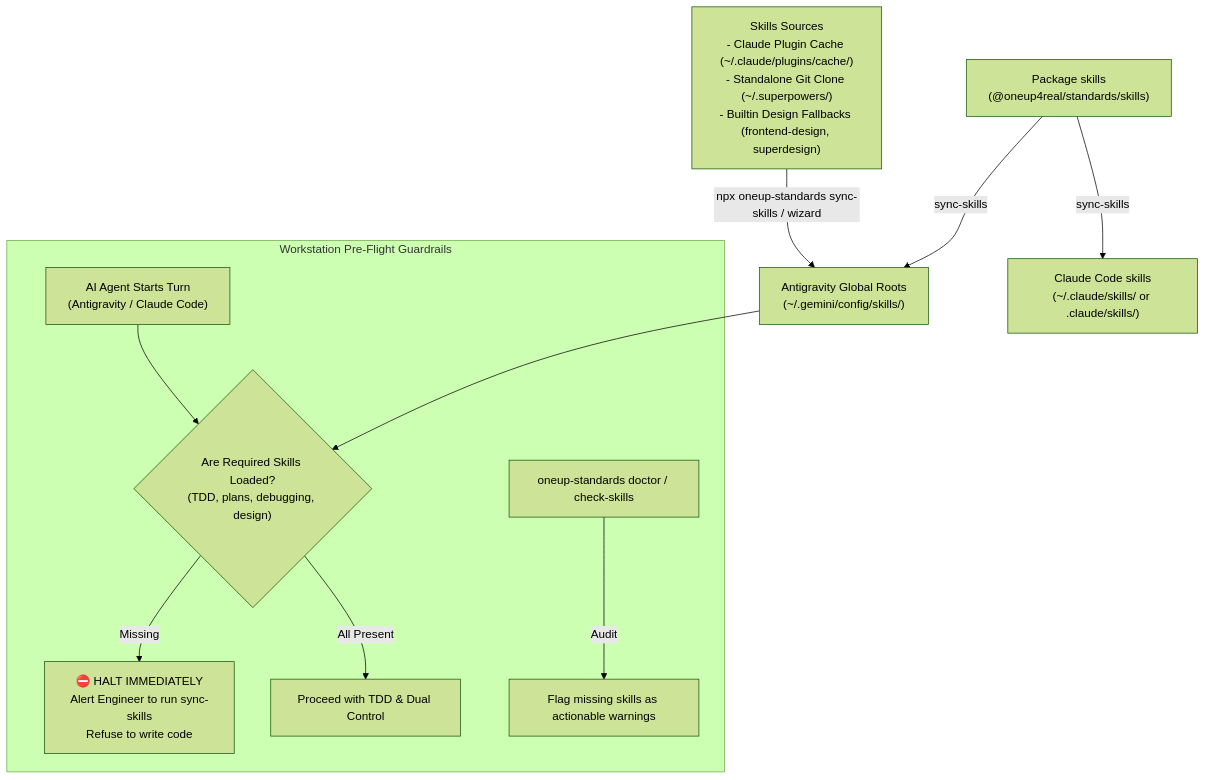
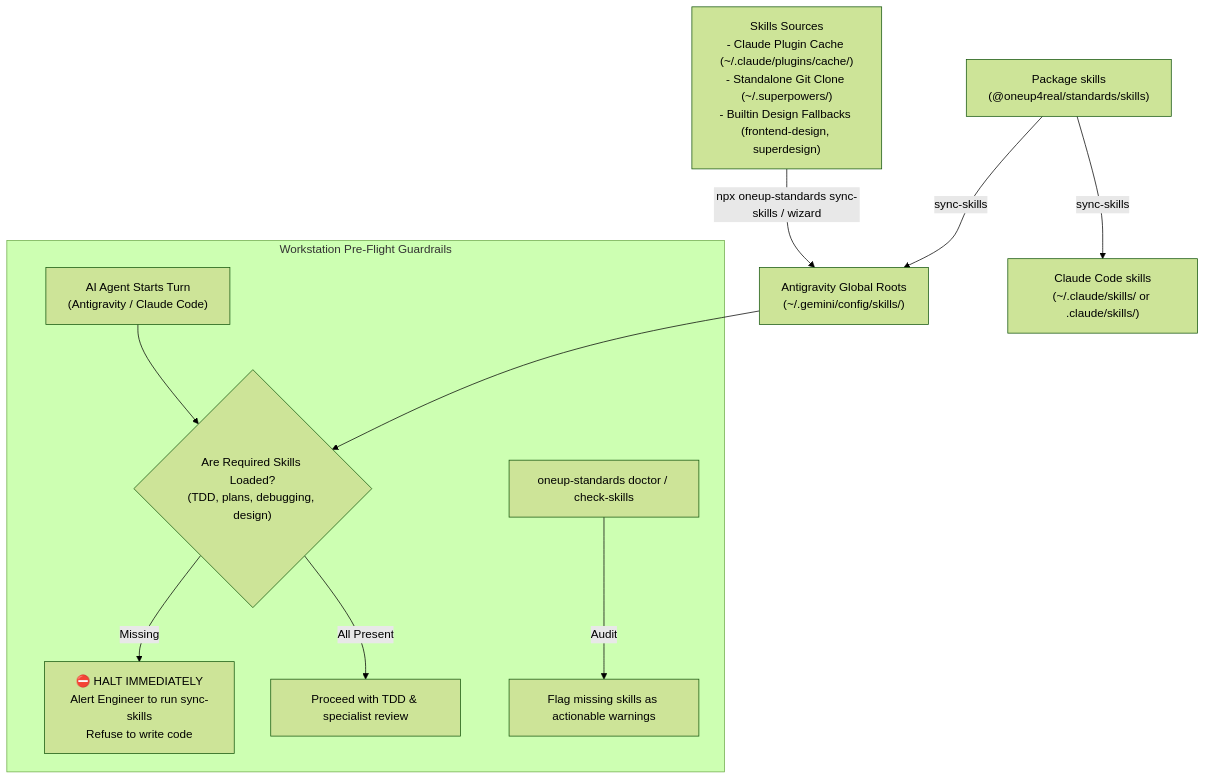
Before and after one commit to oneup4real/engineering-standards: the ninth of 12 diagrams in README.md, drawn with Mermaid (forest theme). The commit also changed other lines of this file and 7 other files, not shown here.

````diff
--- a/README.md
+++ b/README.md
@@ -617,17 +523,17 @@
 ```mermaid
 graph TD
     Sources["Skills Sources\n- Claude Plugin Cache (~/.claude/plugins/cache/)\n- Standalone Git Clone (~/.superpowers/)\n- Builtin Design Fallbacks (frontend-design, superdesign)"] -->|npx oneup-standards sync-skills / wizard| AntiGrav["Antigravity Global Roots\n(~/.gemini/config/skills/)"]
     Bundled["Package skills\n(@oneup4real/standards/skills)"] -->|sync-skills| AntiGrav
     Bundled -->|sync-skills| Claude["Claude Code skills\n(~/.claude/skills/ or .claude/skills/)"]
     
     subgraph "Workstation Pre-Flight Guardrails"
         SessionStart["AI Agent Starts Turn\n(Antigravity / Claude Code)"]
         SessionStart --> CheckSkills{"Are Required Skills Loaded?\n(TDD, plans, debugging, design)"}
         CheckSkills -->|Missing| Halt["⛔ HALT IMMEDIATELY\nAlert Engineer to run sync-skills\nRefuse to write code"]
-        CheckSkills -->|All Present| CodeAllowed["Proceed with TDD & Dual Control"]
+        CheckSkills -->|All Present| CodeAllowed["Proceed with TDD & specialist review"]
         
         DoctorCheck["oneup-standards doctor / check-skills"] -->|Audit| SkillsStatus["Flag missing skills as actionable warnings"]
     end
     
     AntiGrav --> CheckSkills
 ```
````
